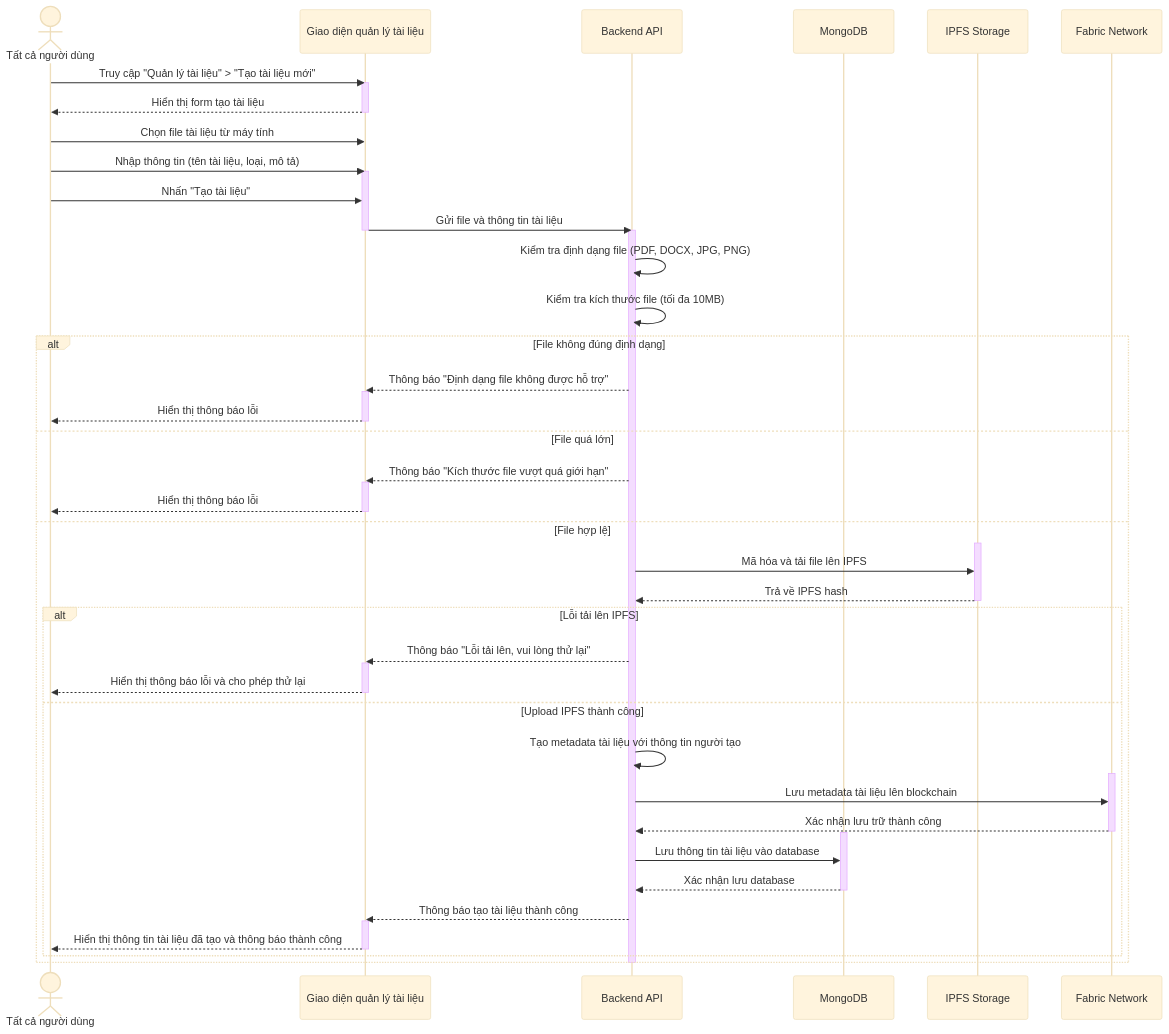
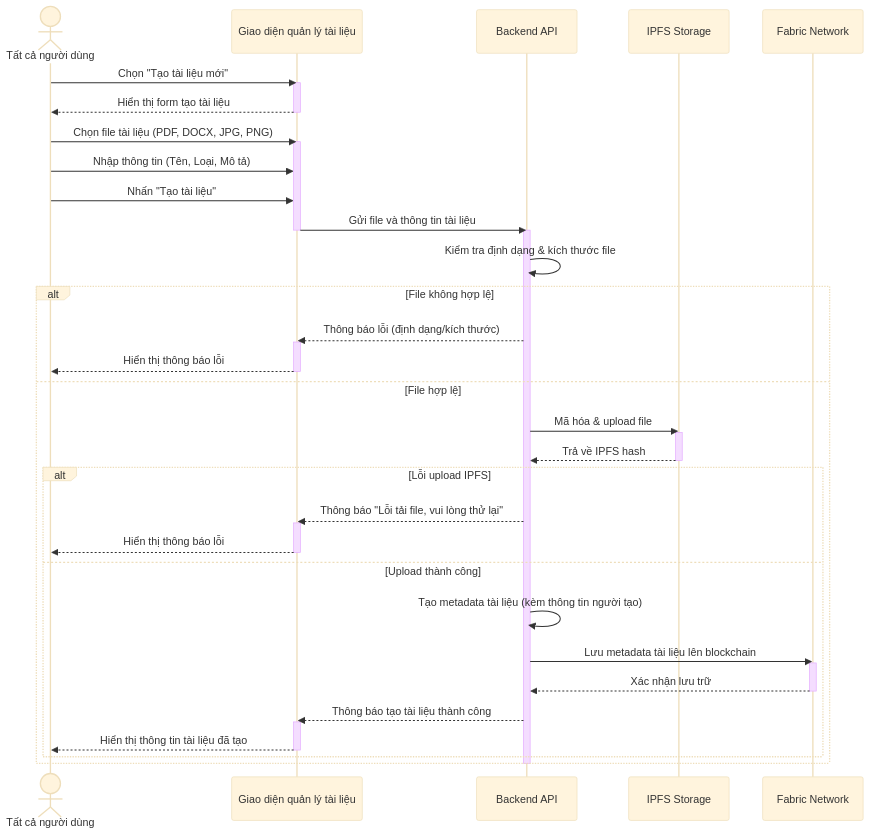
Diagram 15 of 39 in Complete_Use_Case_Sequence_Diagrams.md (Thienpkae/DATN), drawn with Mermaid (base theme) before and after one commit. The commit also changed other lines of this file and 50 other files, not shown here.

````diff
--- a/Complete_Use_Case_Sequence_Diagrams.md
+++ b/Complete_Use_Case_Sequence_Diagrams.md
@@ -1288,68 +1050,57 @@
 ```mermaid
 sequenceDiagram
     actor User as Tất cả người dùng
     participant UI as Giao diện quản lý tài liệu
     participant API as Backend API
-    participant DB as MongoDB
     participant IPFS as IPFS Storage
     participant Blockchain as Fabric Network
 
-    User ->> UI: Truy cập "Quản lý tài liệu" > "Tạo tài liệu mới"
+    User ->> UI: Chọn "Tạo tài liệu mới"
     activate UI
     UI -->> User: Hiển thị form tạo tài liệu
     deactivate UI
 
-    User ->> UI: Chọn file tài liệu từ máy tính
-    User ->> UI: Nhập thông tin (tên tài liệu, loại, mô tả)
+    User ->> UI: Chọn file tài liệu (PDF, DOCX, JPG, PNG)
     activate UI
+    User ->> UI: Nhập thông tin (Tên, Loại, Mô tả)
     User ->> UI: Nhấn "Tạo tài liệu"
     UI ->> API: Gửi file và thông tin tài liệu
     deactivate UI
 
     activate API
-    API ->> API: Kiểm tra định dạng file (PDF, DOCX, JPG, PNG)
-    API ->> API: Kiểm tra kích thước file (tối đa 10MB)
+    API ->> API: Kiểm tra định dạng & kích thước file
 
-    alt File không đúng định dạng
-        API -->> UI: Thông báo "Định dạng file không được hỗ trợ"
-        activate UI
-        UI -->> User: Hiển thị thông báo lỗi
-        deactivate UI
-    else File quá lớn
-        API -->> UI: Thông báo "Kích thước file vượt quá giới hạn"
+    alt File không hợp lệ
+        API -->> UI: Thông báo lỗi (định dạng/kích thước)
         activate UI
         UI -->> User: Hiển thị thông báo lỗi
         deactivate UI
     else File hợp lệ
+        API ->> IPFS: Mã hóa & upload file
         activate IPFS
-        API ->> IPFS: Mã hóa và tải file lên IPFS
         IPFS -->> API: Trả về IPFS hash
         deactivate IPFS
 
-        alt Lỗi tải lên IPFS
-            API -->> UI: Thông báo "Lỗi tải lên, vui lòng thử lại"
+        alt Lỗi upload IPFS
+            API -->> UI: Thông báo "Lỗi tải file, vui lòng thử lại"
             activate UI
-            UI -->> User: Hiển thị thông báo lỗi và cho phép thử lại
+            UI -->> User: Hiển thị thông báo lỗi
             deactivate UI
-        else Upload IPFS thành công
-            API ->> API: Tạo metadata tài liệu với thông tin người tạo
+        else Upload thành công
+            API ->> API: Tạo metadata tài liệu (kèm thông tin người tạo)
 
+            API ->> Blockchain: Lưu metadata tài liệu lên blockchain
             activate Blockchain
-            API ->> Blockchain: Lưu metadata tài liệu lên blockchain
-            Blockchain -->> API: Xác nhận lưu trữ thành công
+            Blockchain -->> API: Xác nhận lưu trữ
             deactivate Blockchain
-
-            activate DB
-            API ->> DB: Lưu thông tin tài liệu vào database
-            DB -->> API: Xác nhận lưu database
-            deactivate DB
 
             API -->> UI: Thông báo tạo tài liệu thành công
             activate UI
-            UI -->> User: Hiển thị thông tin tài liệu đã tạo và thông báo thành công
+            UI -->> User: Hiển thị thông tin tài liệu đã tạo
             deactivate UI
         end
     end
 
     deactivate API
+
 ```
````
